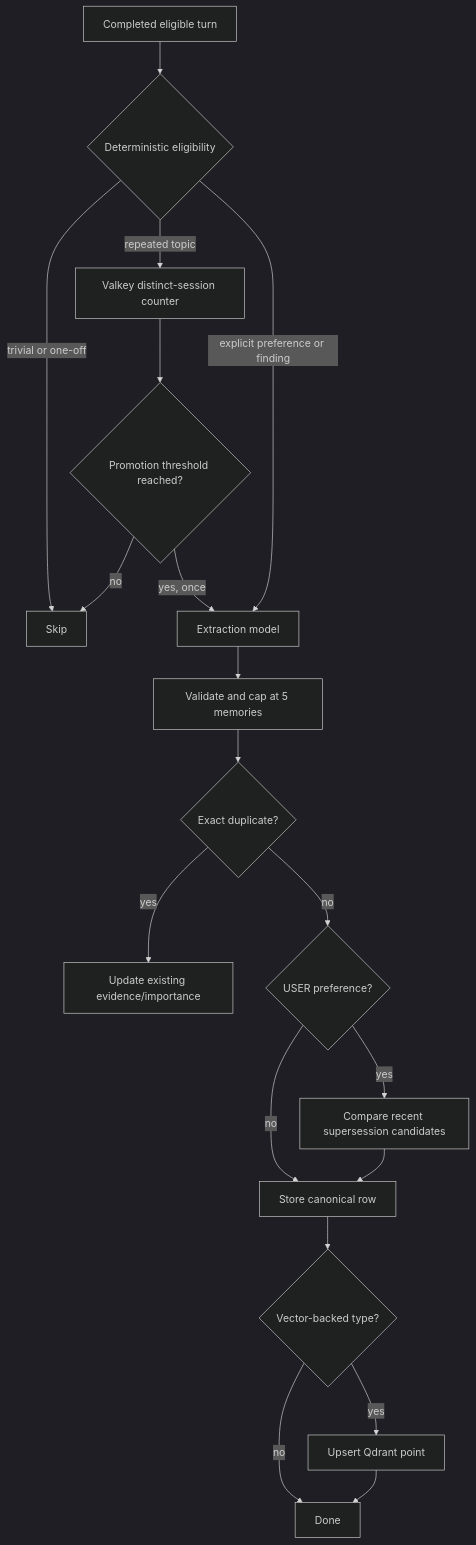
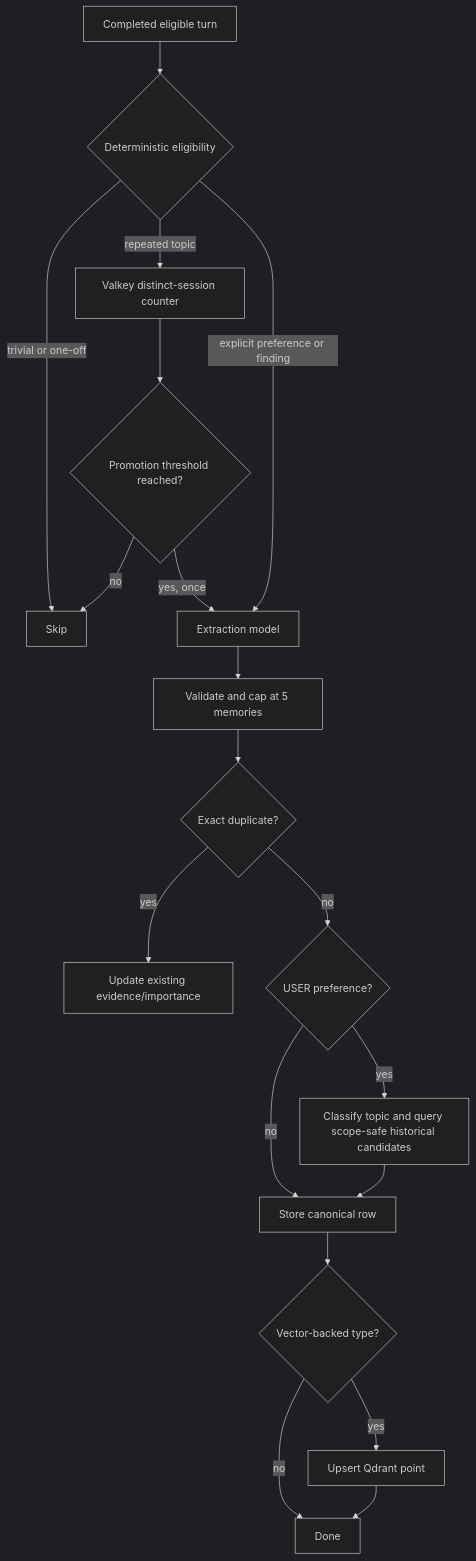
The second of 9 diagrams in docs/MEMORY_MANAGEMENT_SUMMARY.md (supuni9622/ResearchMind-AI), drawn with Mermaid (dark theme) before and after one commit. The commit also changed other lines of this file and 9 other files, not shown here.

````diff
--- a/docs/MEMORY_MANAGEMENT_SUMMARY.md
+++ b/docs/MEMORY_MANAGEMENT_SUMMARY.md
@@ -107,21 +108,21 @@
 ```mermaid
 flowchart TD
     T[Completed eligible turn] --> G{Deterministic eligibility}
     G -- trivial or one-off --> X[Skip]
     G -- repeated topic --> I[Valkey distinct-session counter]
     I --> J{Promotion threshold reached?}
     J -- no --> X
     J -- yes, once --> L[Extraction model]
     G -- explicit preference or finding --> L
     L --> N[Validate and cap at 5 memories]
     N --> D{Exact duplicate?}
     D -- yes --> R[Update existing evidence/importance]
     D -- no --> Y{USER preference?}
-    Y -- yes --> W[Compare recent supersession candidates]
+    Y -- yes --> W[Classify topic and query scope-safe historical candidates]
     Y -- no --> Z[Store canonical row]
     W --> Z
     Z --> Q{Vector-backed type?}
     Q -- yes --> P[Upsert Qdrant point]
     Q -- no --> K[Done]
     P --> K
 ```
````
